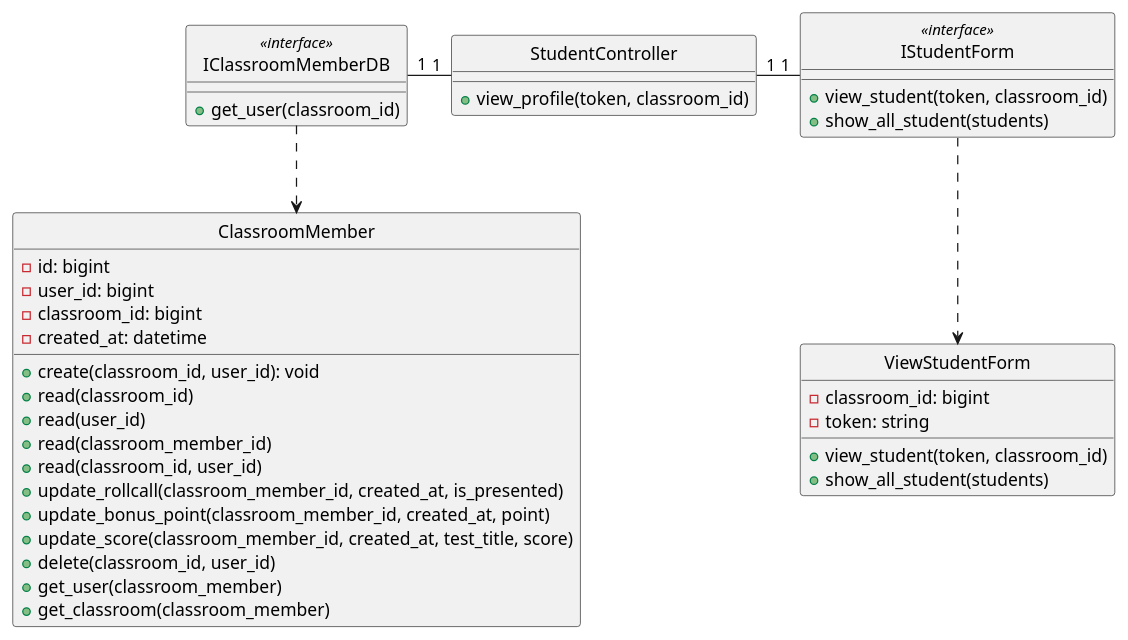
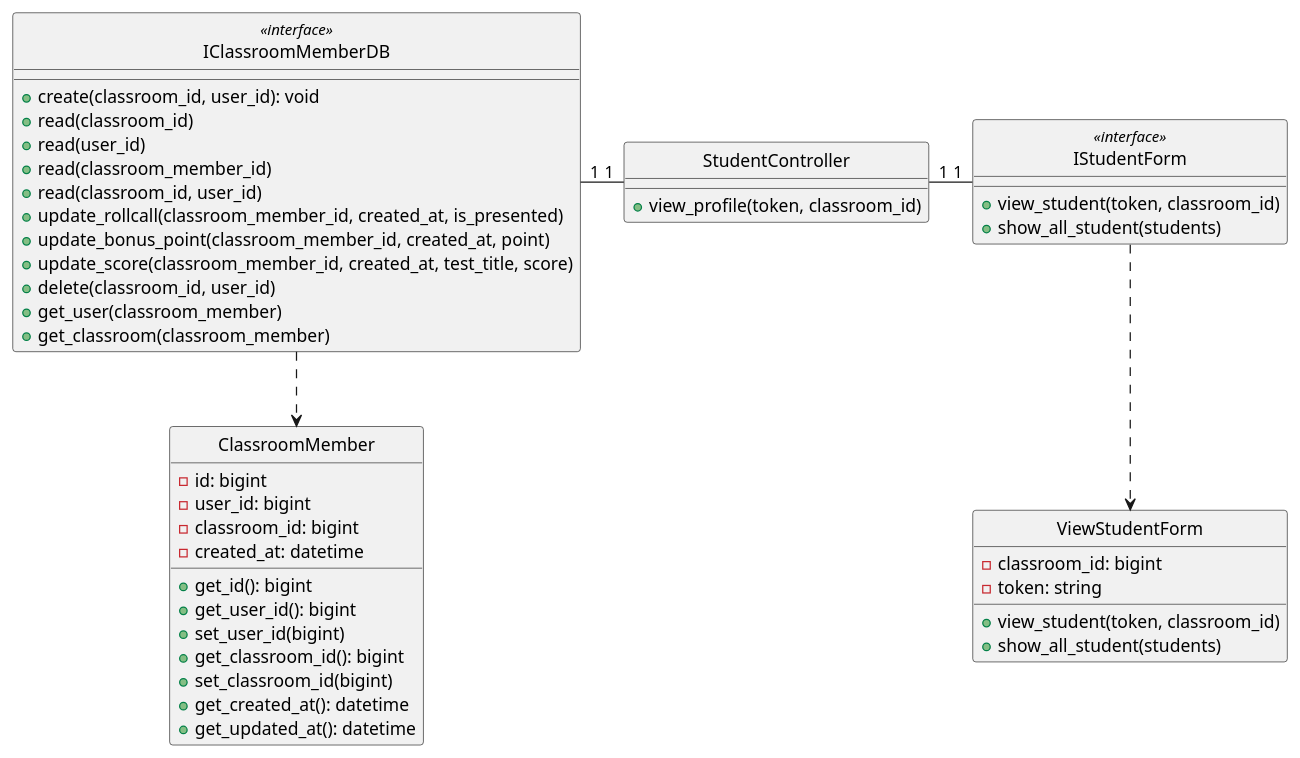
The diagram in class - design/student/viewStudent.plantuml (anonyhostvn/OOAD-Diagram), drawn with PlantUML before and after one commit. The commit also changed 14 other files, not shown here.

```diff
--- a/class - design/student/viewStudent.plantuml
+++ b/class - design/student/viewStudent.plantuml
@@ -1,56 +1,62 @@
 @startuml addStudent
 
 class ViewStudentForm {
     - classroom_id: bigint
     - token: string
 
     + view_student(token, classroom_id)
     + show_all_student(students)
 }
 
 class IStudentForm <<interface>> {
     + view_student(token, classroom_id)
     + show_all_student(students)
 }
 
 class StudentController {
     + view_profile(token, classroom_id)
 }
 
 class ClassroomMember {
     - id: bigint
     - user_id: bigint
     - classroom_id: bigint
     - created_at: datetime
 
+    + get_id(): bigint
+    + get_user_id(): bigint
+    + set_user_id(bigint)
+    + get_classroom_id(): bigint
+    + set_classroom_id(bigint)
+    + get_created_at(): datetime
+    + get_updated_at(): datetime
+}
+
+class IClassroomMemberDB <<interface>> {
     + create(classroom_id, user_id): void
     + read(classroom_id)
     + read(user_id)
     + read(classroom_member_id)
     + read(classroom_id, user_id)
     + update_rollcall(classroom_member_id, created_at, is_presented)
     + update_bonus_point(classroom_member_id, created_at, point)
     + update_score(classroom_member_id, created_at, test_title, score)
     + delete(classroom_id, user_id)
     + get_user(classroom_member)
     + get_classroom(classroom_member)
-}
-
-class IClassroomMemberDB <<interface>> {
-    + get_user(classroom_id)
 }
 
 hide ViewStudentForm circle
 hide IStudentForm <<interface>> circle
 hide StudentController circle
 hide IClassroomMemberDB <<interface>> circle
 hide ClassroomMember circle
 
 
 IStudentForm .down.> ViewStudentForm
 IClassroomMemberDB .down.> ClassroomMember
 IStudentForm "1"-left-"1" StudentController
 StudentController "1"-left-"1" IClassroomMemberDB
 
 
 @enduml
```
